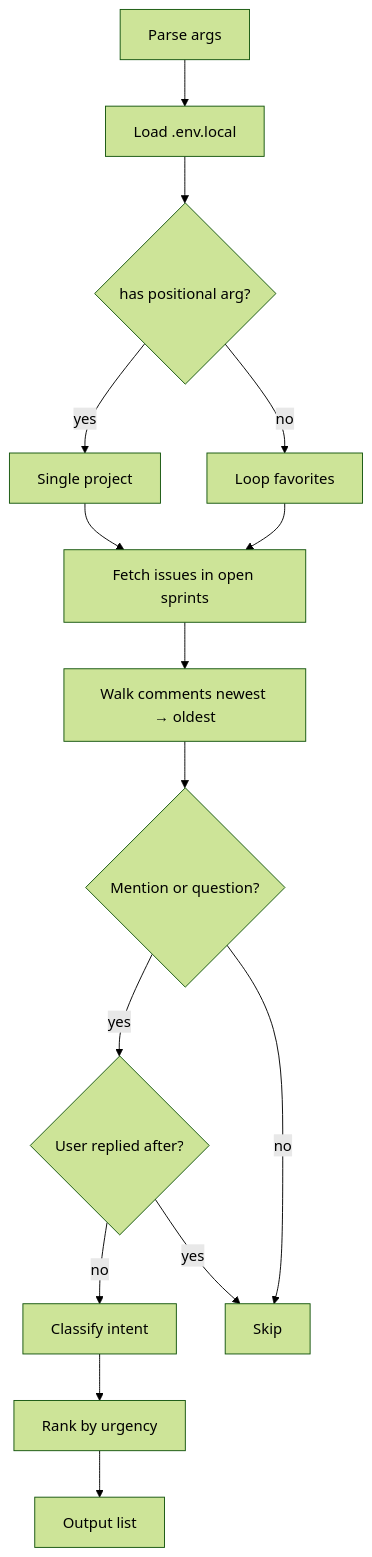
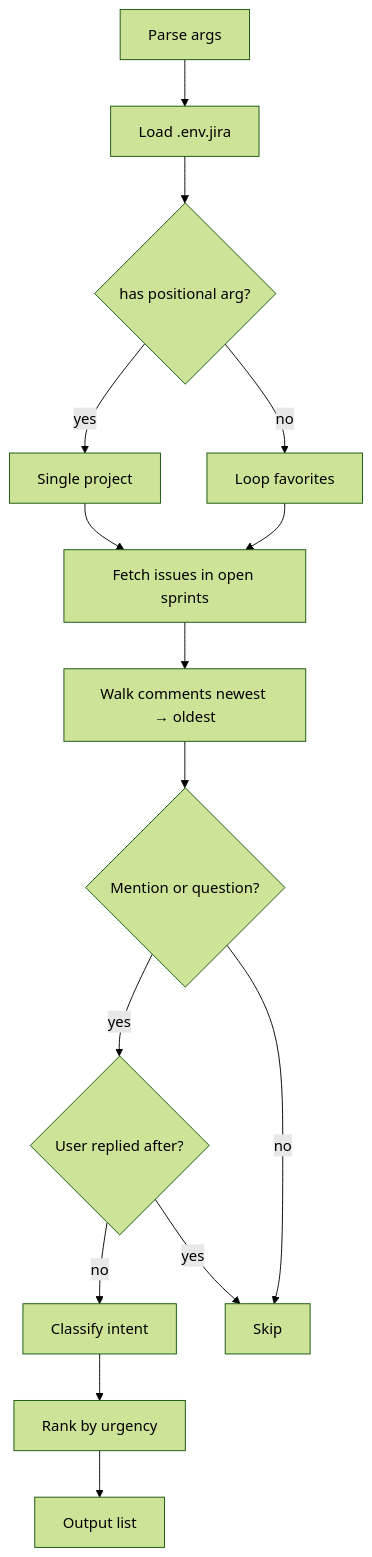
One commit to manpham-saritasa/devflow changed the diagram in .ai/plugins/jiraflow/skills/jira-urgent/README.md. Above: the diagram before and after it, drawn with Mermaid (forest theme). The commit also changed other lines of this file and 54 other files, not shown here.

Commit message:
Refactor rules into .ai/ package, rename .env.local to .env.jira DEV-21

````diff
--- a/.ai/plugins/jiraflow/skills/jira-urgent/README.md
+++ b/.ai/plugins/jiraflow/skills/jira-urgent/README.md
@@ -32,17 +32,17 @@
 ```mermaid
 flowchart TD
-    A[Parse args] --> B[Load .env.local]
+    A[Parse args] --> B[Load .env.jira]
     B --> C{has positional arg?}
     C -->|yes| D[Single project]
     C -->|no| E[Loop favorites]
     D --> F[Fetch issues in open sprints]
     E --> F
     F --> G[Walk comments newest → oldest]
     G --> H{Mention or question?}
     H -->|yes| I{User replied after?}
     I -->|no| J[Classify intent]
     I -->|yes| K[Skip]
     H -->|no| K
     J --> L[Rank by urgency]
     L --> M[Output list]
 ```
````
